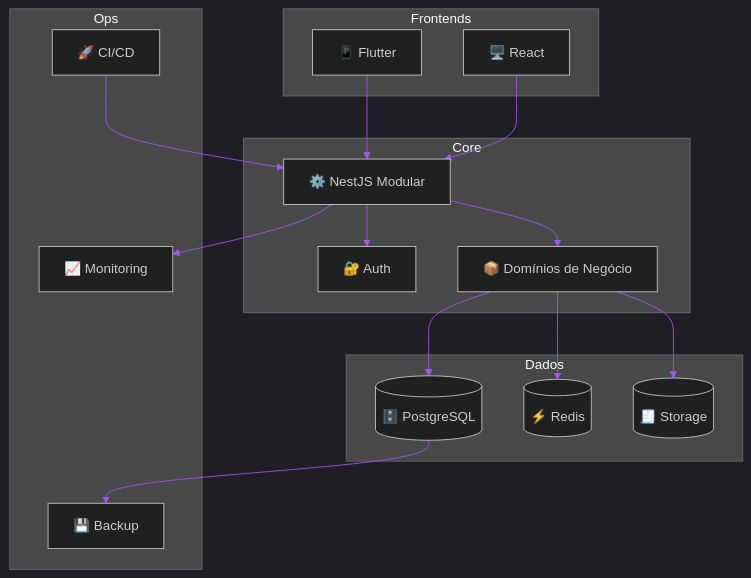
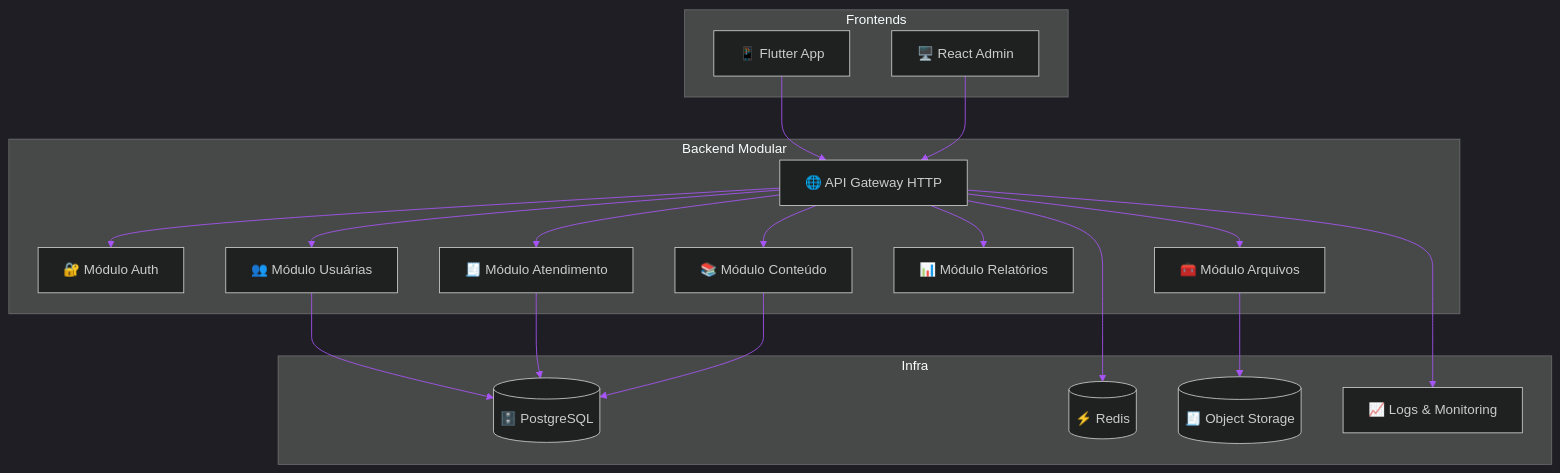
One commit to matheusdiamantino-betalent/questions-ai changed the third of 8 diagrams in test.md. Above: the diagram before and after it, drawn with Mermaid. The commit also changed other lines of this file, not shown here.

````diff
--- a/test.md
+++ b/test.md
@@ -341,45 +486,49 @@
 ```mermaid
 %%{init: {
 'theme':'dark',
 'themeVariables':{
 'background':'#050816',
 'primaryColor':'#00F5FF',
 'primaryTextColor':'#F8FAFC',
 'primaryBorderColor':'#39FF14',
-'lineColor':'#A855F7'
+'lineColor':'#A855F7',
+'secondaryColor':'#111827'
 }}}%%
 flowchart TB
-subgraph Frontends
-A[📱 Flutter]
-B[🖥️ React]
+subgraph F1[Frontends]
+A[📱 Flutter App]
+B[🖥️ React Admin]
 end
 
-subgraph Core
-C[⚙️ NestJS Modular]
-D[🔐 Auth]
-E[📦 Domínios de Negócio]
+subgraph F2[Backend Modular]
+C[🌐 API Gateway HTTP]
+D[🔐 Módulo Auth]
+E[👥 Módulo Usuárias]
+F[🧾 Módulo Atendimento]
+G[📚 Módulo Conteúdo]
+H[📊 Módulo Relatórios]
+I[🧰 Módulo Arquivos]
 end
 
-subgraph Dados
-F[(🗄️ PostgreSQL)]
-G[(⚡ Redis)]
-H[(🧾 Storage)]
-end
-
-subgraph Ops
-I[📈 Monitoring]
-J[💾 Backup]
-K[🚀 CI/CD]
+subgraph F3[Infra]
+J[(🗄️ PostgreSQL)]
+K[(⚡ Redis)]
+L[(🧾 Object Storage)]
+M[📈 Logs & Monitoring]
 end
 
 A --> C
 B --> C
 C --> D
 C --> E
-E --> F
-E --> G
-E --> H
+C --> F
+C --> G
+C --> H
 C --> I
+E --> J
 F --> J
-K --> C
+G --> J
+I --> L
+C --> K
+C --> M
 ```
````
